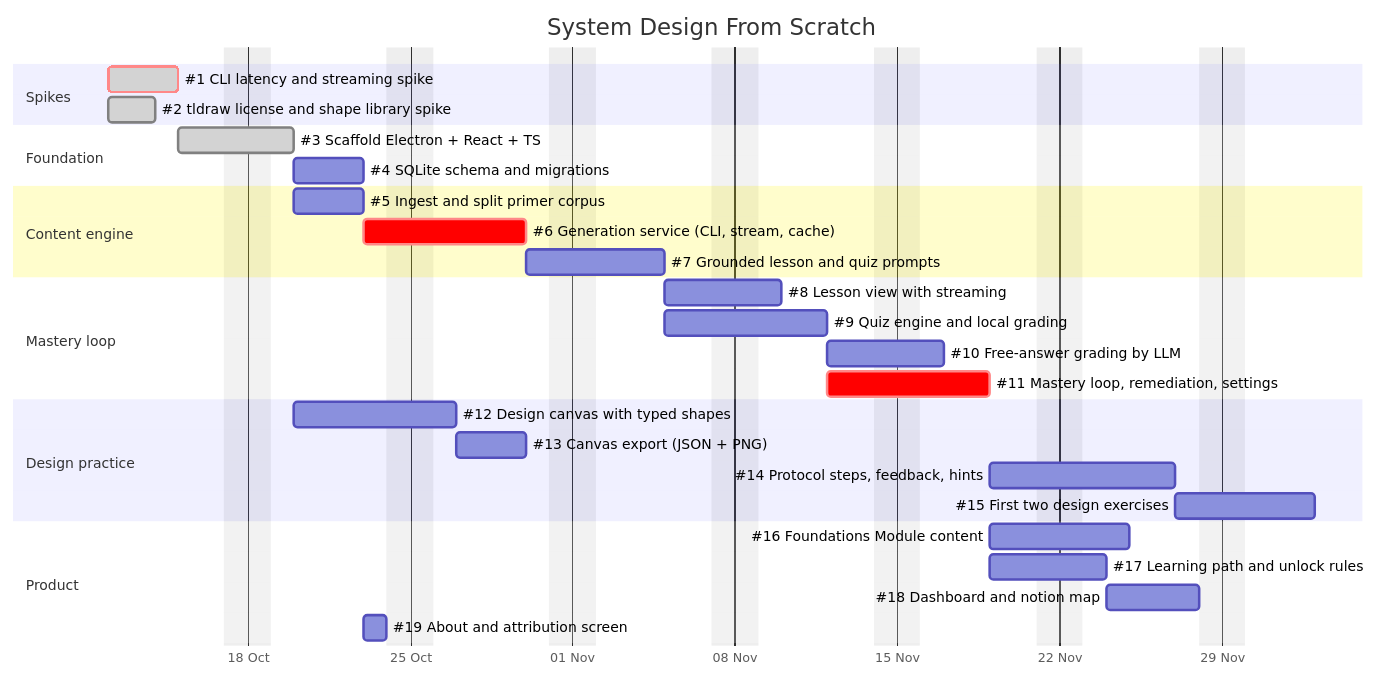
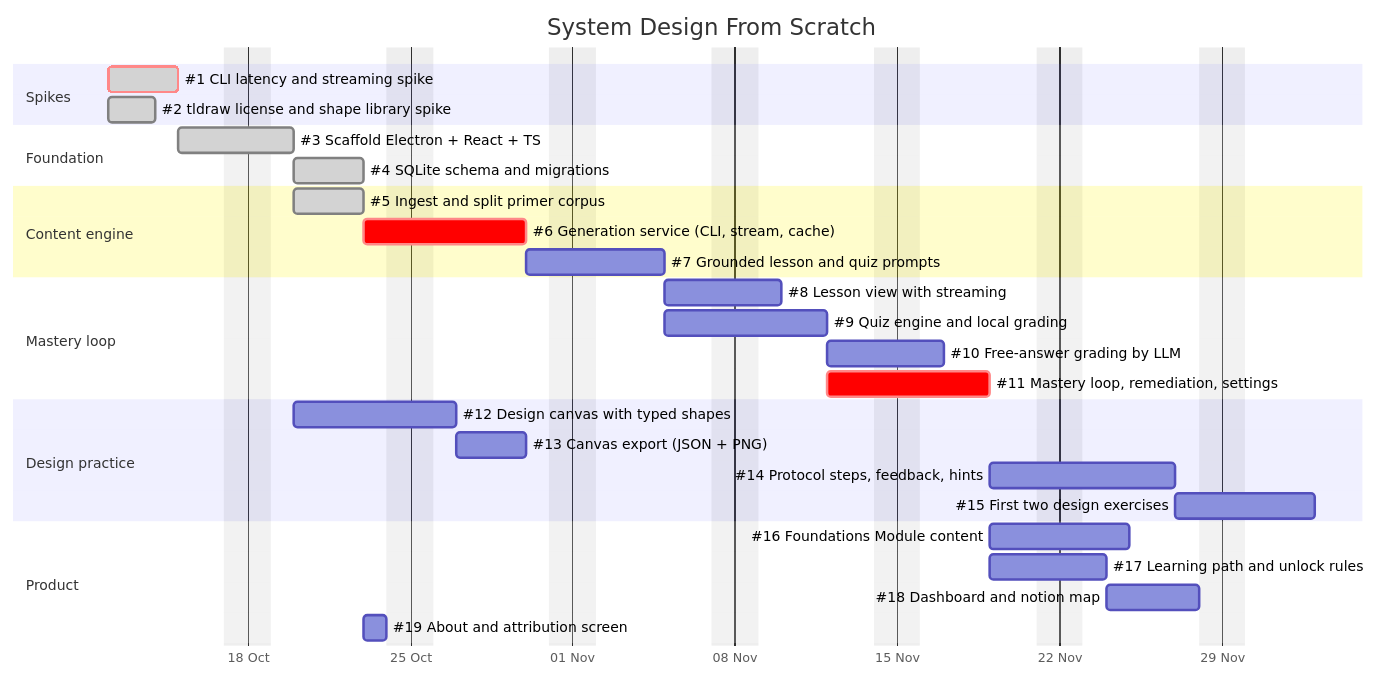
One commit to jbclaramonte/system-design-from-scratch changed the diagram in docs/ROADMAP.md. Above: the diagram before and after it, drawn with Mermaid. The commit also changed 54 other files, not shown here.

First line of the commit message:
feat: add SQLite schema (#4) and primer corpus ingestion (#5)

````diff
--- a/docs/ROADMAP.md
+++ b/docs/ROADMAP.md
@@ -13,38 +13,38 @@
 ```mermaid
 gantt
     title System Design From Scratch
     dateFormat YYYY-MM-DD
     excludes weekends
     axisFormat %d %b
 
     section Spikes
     #1 CLI latency and streaming spike        :done, crit, s1, 2026-10-12, 3d
     #2 tldraw license and shape library spike :done, s2, 2026-10-12, 2d
 
     section Foundation
     #3 Scaffold Electron + React + TS         :done, f1, after s1, 3d
-    #4 SQLite schema and migrations           :f2, after f1, 3d
+    #4 SQLite schema and migrations           :done, f2, after f1, 3d
 
     section Content engine
-    #5 Ingest and split primer corpus         :c1, after f1, 3d
+    #5 Ingest and split primer corpus         :done, c1, after f1, 3d
     #6 Generation service (CLI, stream, cache):crit, c2, after f2, 5d
     #7 Grounded lesson and quiz prompts       :c3, after c1 c2, 4d
 
     section Mastery loop
     #8 Lesson view with streaming             :m1, after c3, 3d
     #9 Quiz engine and local grading          :m2, after c3, 5d
     #10 Free-answer grading by LLM            :m3, after m2, 3d
     #11 Mastery loop, remediation, settings   :crit, m4, after m1 m2, 5d
 
     section Design practice
     #12 Design canvas with typed shapes       :d1, after s2 f1, 5d
     #13 Canvas export (JSON + PNG)            :d2, after d1, 3d
     #14 Protocol steps, feedback, hints       :d3, after d2 m4, 6d
     #15 First two design exercises            :d4, after d3, 4d
 
     section Product
     #16 Foundations Module content            :p1, after m4, 4d
     #17 Learning path and unlock rules        :p2, after m4, 3d
     #18 Dashboard and notion map              :p3, after p2, 4d
     #19 About and attribution screen          :p4, after c1, 1d
 ```
````
